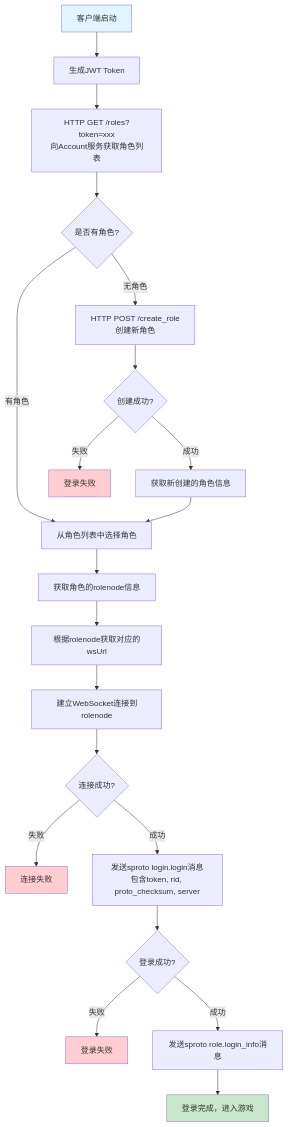
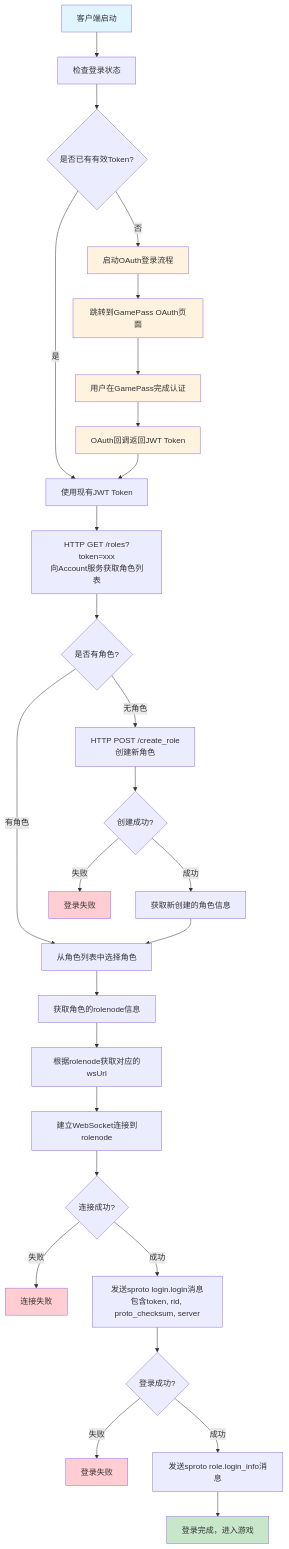
One commit to hanxi/phaser-game changed the first of 7 diagrams in login_flow_diagram.md. Above: the diagram before and after it, drawn with Mermaid. The commit also changed other lines of this file, not shown here.

Commit message:
更新流程图

````diff
--- a/login_flow_diagram.md
+++ b/login_flow_diagram.md
@@ -5,35 +12,49 @@
 ```mermaid
 flowchart TD
-    A[客户端启动] --> B[生成JWT Token]
-    B --> C[HTTP GET /roles?token=xxx<br/>向Account服务获取角色列表]
+    A[客户端启动] --> B[检查登录状态]
+    B --> C{是否已有有效Token?}
     
-    C --> D{是否有角色?}
+    C -->|否| D[启动OAuth登录流程]
+    C -->|是| H[使用现有JWT Token]
     
-    D -->|有角色| E[从角色列表中选择角色]
-    D -->|无角色| F[HTTP POST /create_role<br/>创建新角色]
+    D --> E[跳转到GamePass OAuth页面]
+    E --> F[用户在GamePass完成认证]
+    F --> G[OAuth回调返回JWT Token]
+    G --> H
     
-    F --> G{创建成功?}
-    G -->|成功| H[获取新创建的角色信息]
-    G -->|失败| I[登录失败]
+    H --> I[HTTP GET /roles?token=xxx<br/>向Account服务获取角色列表]
     
-    H --> E
-    E --> J[获取角色的rolenode信息]
-    J --> K[根据rolenode获取对应的wsUrl]
-    K --> L[建立WebSocket连接到rolenode]
+    I --> J{是否有角色?}
     
-    L --> M{连接成功?}
-    M -->|失败| N[连接失败]
-    M -->|成功| O[发送sproto login.login消息<br/>包含token, rid, proto_checksum, server]
+    J -->|有角色| K[从角色列表中选择角色]
+    J -->|无角色| L[HTTP POST /create_role<br/>创建新角色]
     
-    O --> P{登录成功?}
-    P -->|失败| Q[登录失败]
-    P -->|成功| R[发送sproto role.login_info消息]
+    L --> M{创建成功?}
+    M -->|成功| N[获取新创建的角色信息]
+    M -->|失败| O[登录失败]
     
-    R --> S[登录完成，进入游戏]
+    N --> K
+    K --> P[获取角色的rolenode信息]
+    P --> Q[根据rolenode获取对应的wsUrl]
+    Q --> R[建立WebSocket连接到rolenode]
+    
+    R --> S{连接成功?}
+    S -->|失败| T[连接失败]
+    S -->|成功| U[发送sproto login.login消息<br/>包含token, rid, proto_checksum, server]
+    
+    U --> V{登录成功?}
+    V -->|失败| W[登录失败]
+    V -->|成功| X[发送sproto role.login_info消息]
+    
+    X --> Y[登录完成，进入游戏]
     
     style A fill:#e1f5fe
-    style S fill:#c8e6c9
-    style I fill:#ffcdd2
-    style N fill:#ffcdd2
-    style Q fill:#ffcdd2
+    style Y fill:#c8e6c9
+    style O fill:#ffcdd2
+    style T fill:#ffcdd2
+    style W fill:#ffcdd2
+    style D fill:#fff3e0
+    style E fill:#fff3e0
+    style F fill:#fff3e0
+    style G fill:#fff3e0
 ```
````
